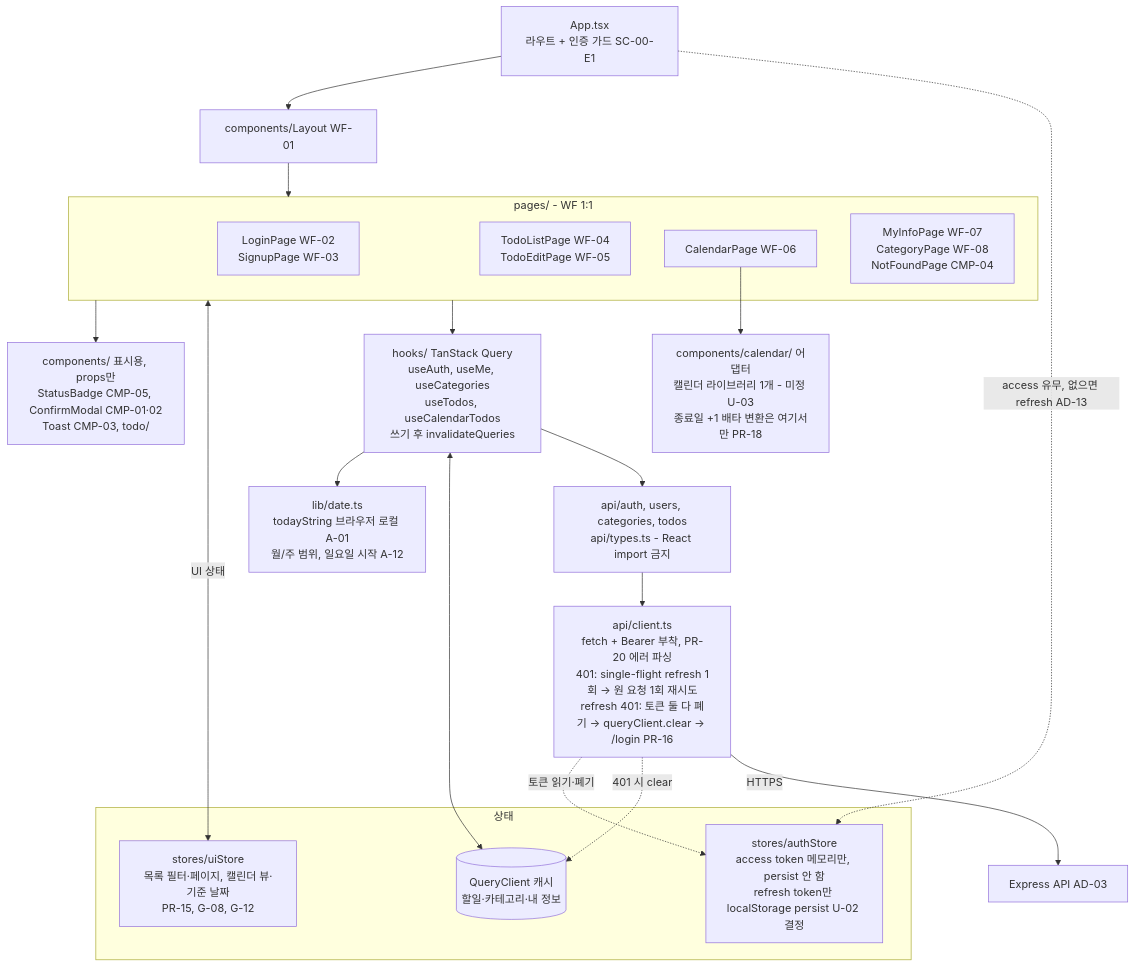
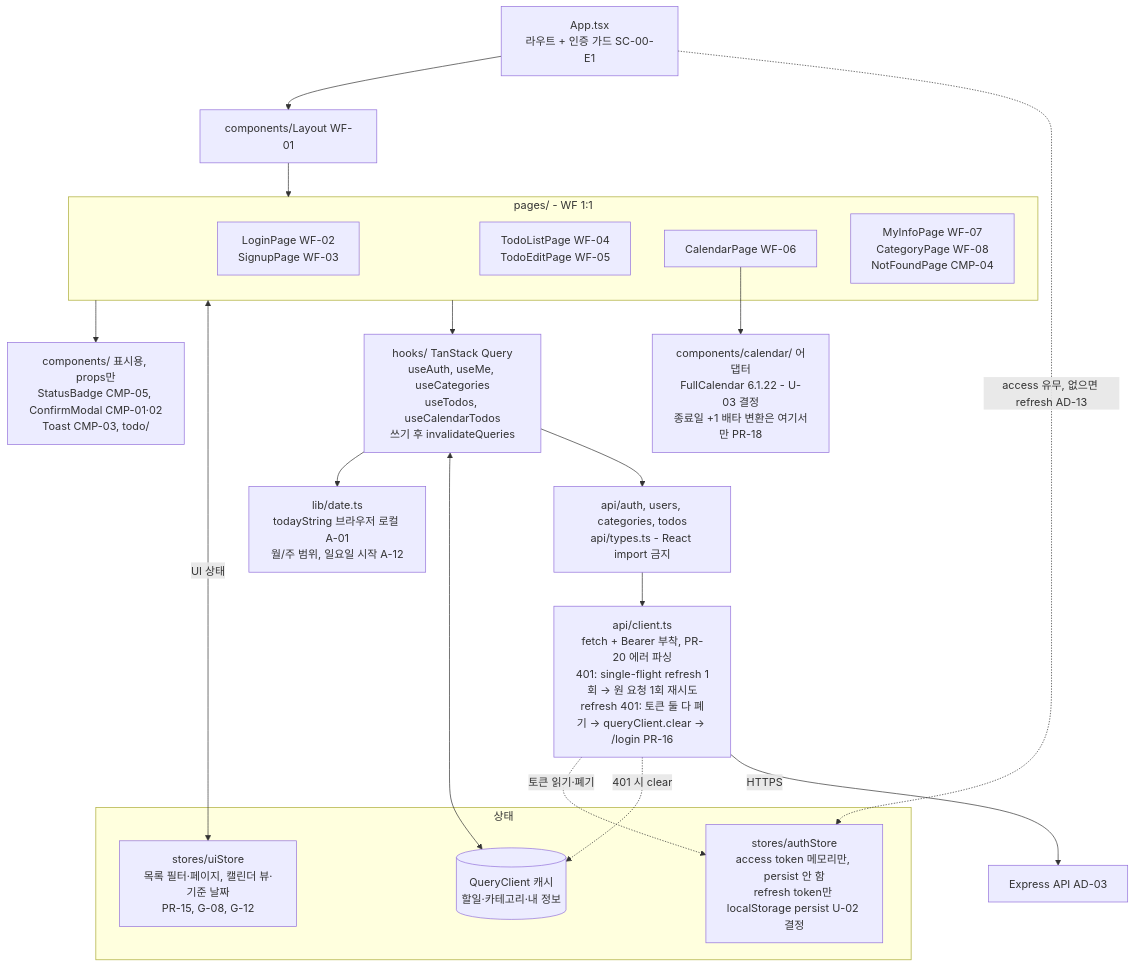
The second of 12 diagrams in docs/6-arch-diagram.md (chaenamo/todolist-app), drawn with Mermaid before and after one commit. The commit also changed other lines of this file and 8 other files, not shown here.

````diff
--- a/docs/6-arch-diagram.md
+++ b/docs/6-arch-diagram.md
@@ -78,40 +84,40 @@
 ```mermaid
 flowchart TB
     APP["App.tsx<br/>라우트 + 인증 가드 SC-00-E1"]
     LAYOUT["components/Layout WF-01"]
 
     subgraph PAGES["pages/ - WF 1:1"]
         PA["LoginPage WF-02<br/>SignupPage WF-03"]
         PT["TodoListPage WF-04<br/>TodoEditPage WF-05"]
         PC["CalendarPage WF-06"]
         PM["MyInfoPage WF-07<br/>CategoryPage WF-08<br/>NotFoundPage CMP-04"]
     end
 
     COMP["components/ 표시용, props만<br/>StatusBadge CMP-05, ConfirmModal CMP-01·02<br/>Toast CMP-03, todo/"]
-    CALAD["components/calendar/ 어댑터<br/>캘린더 라이브러리 1개 - 미정 U-03<br/>종료일 +1 배타 변환은 여기서만 PR-18"]
+    CALAD["components/calendar/ 어댑터<br/>FullCalendar 6.1.22 - U-03 결정<br/>종료일 +1 배타 변환은 여기서만 PR-18"]
     LIB["lib/date.ts<br/>todayString 브라우저 로컬 A-01<br/>월/주 범위, 일요일 시작 A-12"]
 
     subgraph STATE["상태"]
         AUTHS["stores/authStore<br/>access token 메모리만, persist 안 함<br/>refresh token만 localStorage persist U-02 결정"]
         UIS["stores/uiStore<br/>목록 필터·페이지, 캘린더 뷰·기준 날짜<br/>PR-15, G-08, G-12"]
         QC[("QueryClient 캐시<br/>할일·카테고리·내 정보")]
     end
 
     HOOKS["hooks/ TanStack Query<br/>useAuth, useMe, useCategories<br/>useTodos, useCalendarTodos<br/>쓰기 후 invalidateQueries"]
     APIR["api/auth, users, categories, todos<br/>api/types.ts - React import 금지"]
     CLIENT["api/client.ts<br/>fetch + Bearer 부착, PR-20 에러 파싱<br/>401: single-flight refresh 1회 → 원 요청 1회 재시도<br/>refresh 401: 토큰 둘 다 폐기 → queryClient.clear → /login PR-16"]
     BE["Express API AD-03"]
 
     APP --> LAYOUT --> PAGES
     APP -.->|"access 유무, 없으면 refresh AD-13"| AUTHS
     PAGES --> COMP
     PC --> CALAD
     PAGES <-->|"UI 상태"| UIS
     PAGES --> HOOKS
     HOOKS --> LIB
     HOOKS <--> QC
     HOOKS --> APIR --> CLIENT
     CLIENT -.->|"토큰 읽기·폐기"| AUTHS
     CLIENT -.->|"401 시 clear"| QC
     CLIENT -->|"HTTPS"| BE
 ```
````
